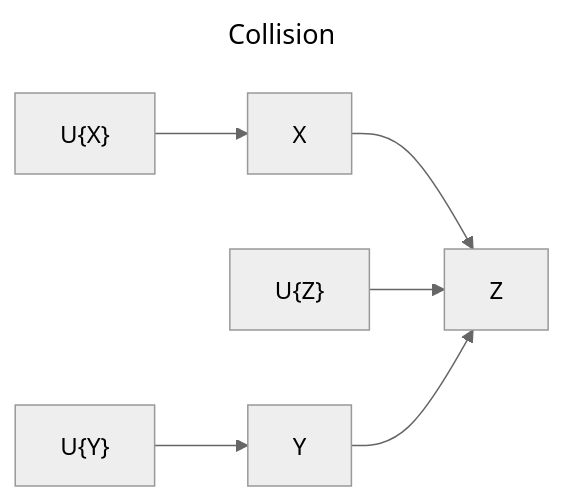
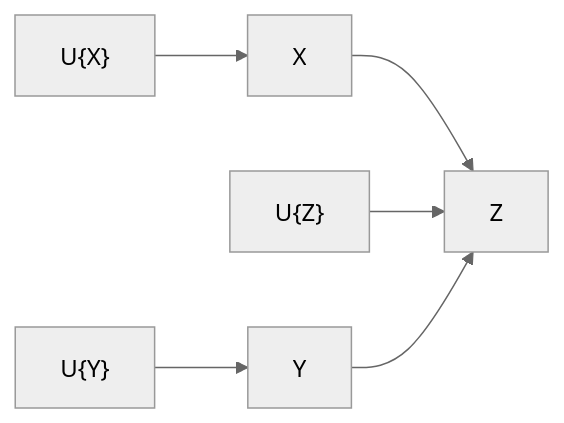
One commit to truman0102/truman0102.github.io changed the third of 3 diagrams in _posts/2024-01-04-causal-effect.md. Above: the diagram before and after it, drawn with Mermaid (neutral theme). The commit also changed other lines of this file, not shown here.

```diff
--- a/_posts/2024-01-04-causal-effect.md
+++ b/_posts/2024-01-04-causal-effect.md
@@ -120,11 +114,8 @@
 {% mermaid %}
----
-title: Collision
----
 graph LR
     id1["U{X}"] --> X
     X --> Z
     id2["U{Z}"] --> Z
     id3["U{Y}"] --> Y
     Y --> Z
 {% endmermaid %}
```
